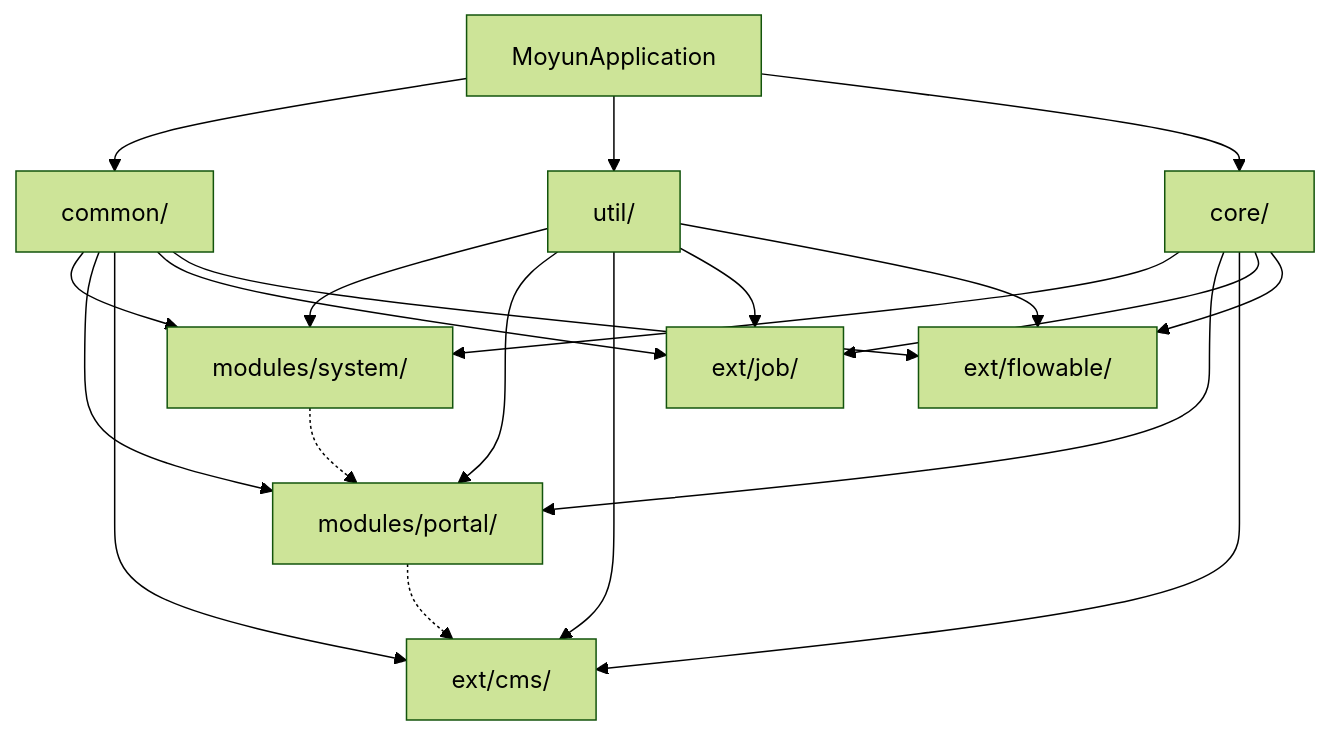
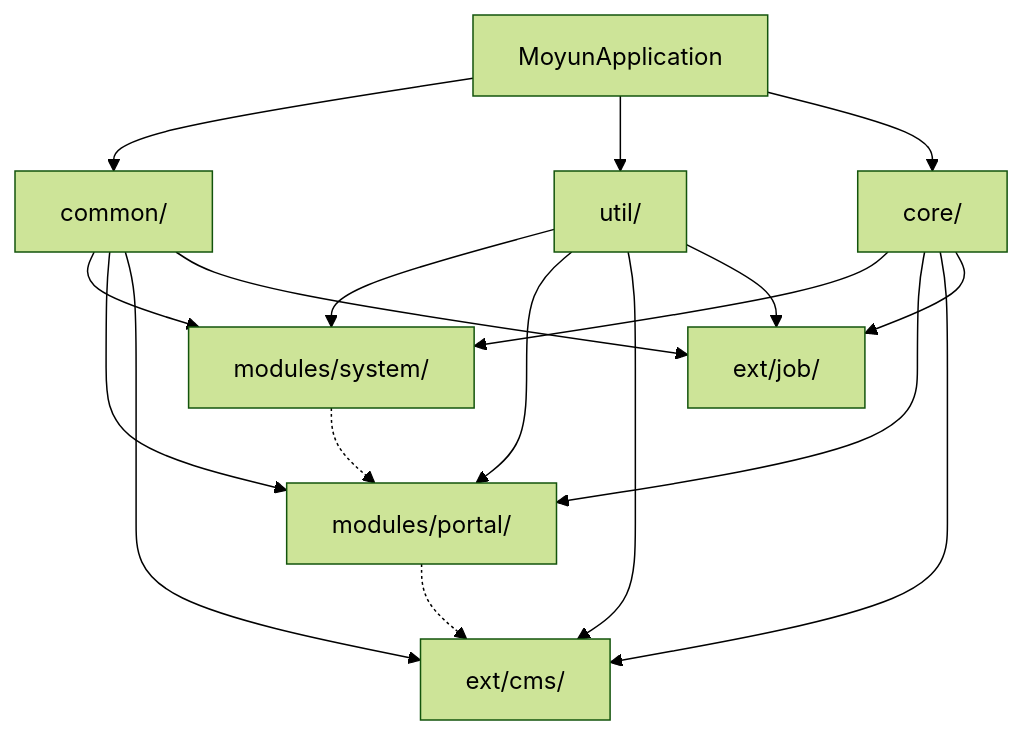
Before and after one commit to zyg-allen/moyun-project-document: the second of 6 diagrams in docs/02_技术架构.md, drawn with Mermaid (forest theme). The commit also changed other lines of this file and 198 other files, not shown here.

````diff
--- a/docs/02_技术架构.md
+++ b/docs/02_技术架构.md
@@ -105,27 +101,24 @@
 ```mermaid
 graph TD
     A[MoyunApplication] --> B[common/]
     A --> C[util/]
     A --> D[core/]
     
     B --> E[modules/system/]
     B --> F[modules/portal/]
     B --> G[ext/cms/]
     B --> H[ext/job/]
-    B --> I[ext/flowable/]
     
     C --> E
     C --> F
     C --> G
     C --> H
-    C --> I
     
     D --> E
     D --> F
     D --> G
     D --> H
-    D --> I
     
     E -.-> F
     F -.-> G
 ```
````
